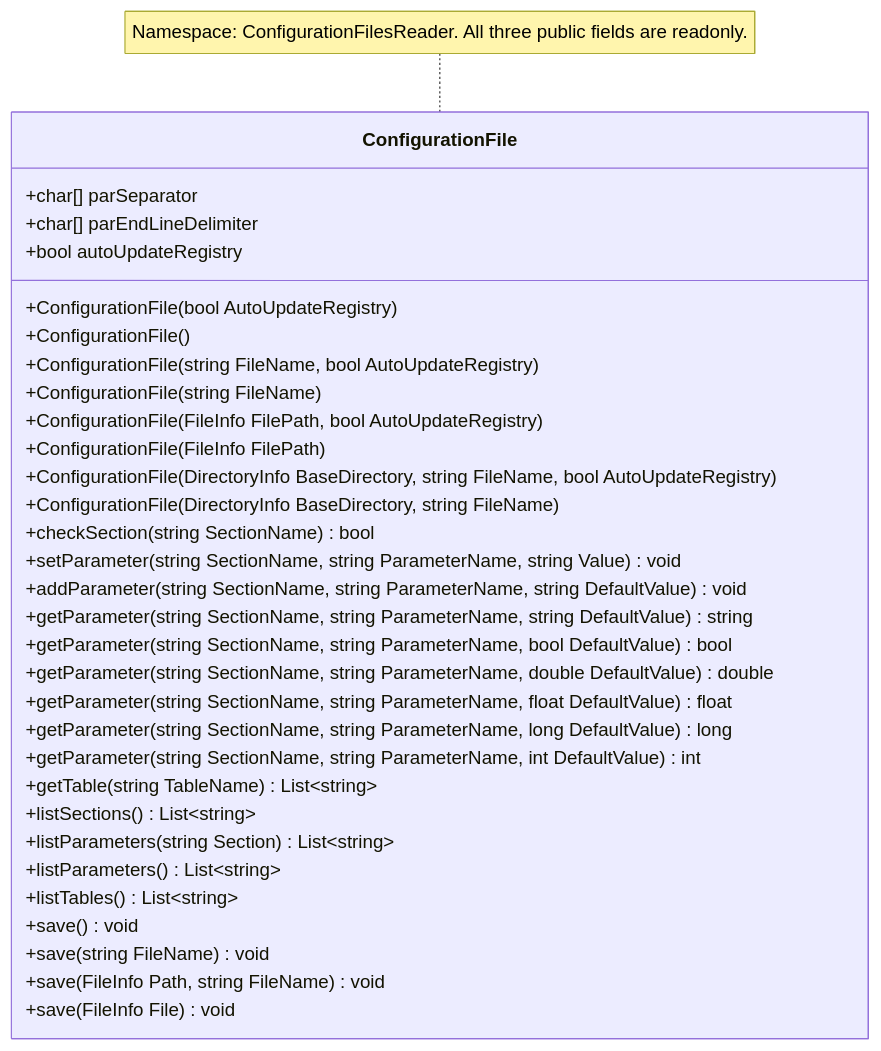
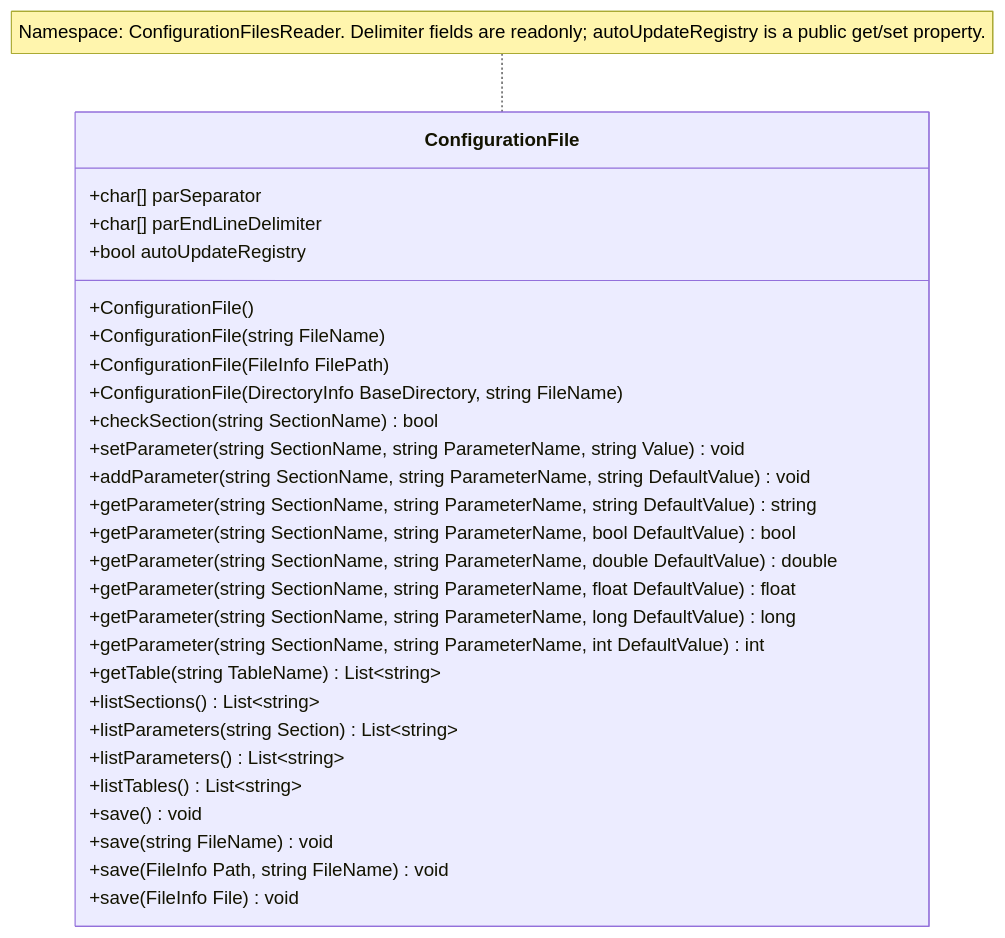
One commit to delloiaconos/IniLike changed the diagram in README.md. Above: the diagram before and after it, drawn with Mermaid. The commit also changed other lines of this file and 3 other files, not shown here.

Commit message:
Removed AutoUpdateRegistry from all constructors. enabled get/set.

````diff
--- a/README.md
+++ b/README.md
@@ -77,35 +77,31 @@
 ```mermaid
 classDiagram
     class ConfigurationFile {
         +char[] parSeparator
         +char[] parEndLineDelimiter
         +bool autoUpdateRegistry
-        +ConfigurationFile(bool AutoUpdateRegistry)
         +ConfigurationFile()
-        +ConfigurationFile(string FileName, bool AutoUpdateRegistry)
         +ConfigurationFile(string FileName)
-        +ConfigurationFile(FileInfo FilePath, bool AutoUpdateRegistry)
         +ConfigurationFile(FileInfo FilePath)
-        +ConfigurationFile(DirectoryInfo BaseDirectory, string FileName, bool AutoUpdateRegistry)
         +ConfigurationFile(DirectoryInfo BaseDirectory, string FileName)
         +checkSection(string SectionName) bool
         +setParameter(string SectionName, string ParameterName, string Value) void
         +addParameter(string SectionName, string ParameterName, string DefaultValue) void
         +getParameter(string SectionName, string ParameterName, string DefaultValue) string
         +getParameter(string SectionName, string ParameterName, bool DefaultValue) bool
         +getParameter(string SectionName, string ParameterName, double DefaultValue) double
         +getParameter(string SectionName, string ParameterName, float DefaultValue) float
         +getParameter(string SectionName, string ParameterName, long DefaultValue) long
         +getParameter(string SectionName, string ParameterName, int DefaultValue) int
         +getTable(string TableName) List~string~
         +listSections() List~string~
         +listParameters(string Section) List~string~
         +listParameters() List~string~
         +listTables() List~string~
         +save() void
         +save(string FileName) void
         +save(FileInfo Path, string FileName) void
         +save(FileInfo File) void
     }
-    note for ConfigurationFile "Namespace: ConfigurationFilesReader. All three public fields are readonly."
+    note for ConfigurationFile "Namespace: ConfigurationFilesReader. Delimiter fields are readonly; autoUpdateRegistry is a public get/set property."
 ```
````
